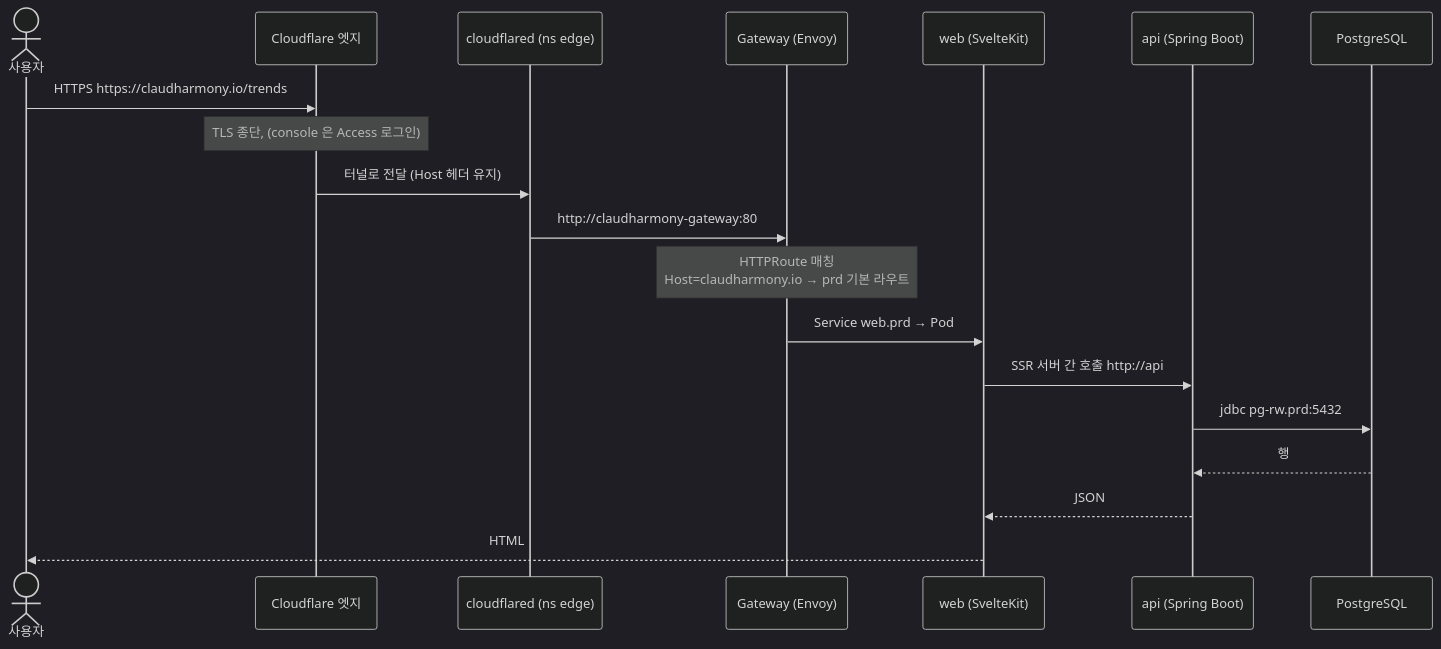
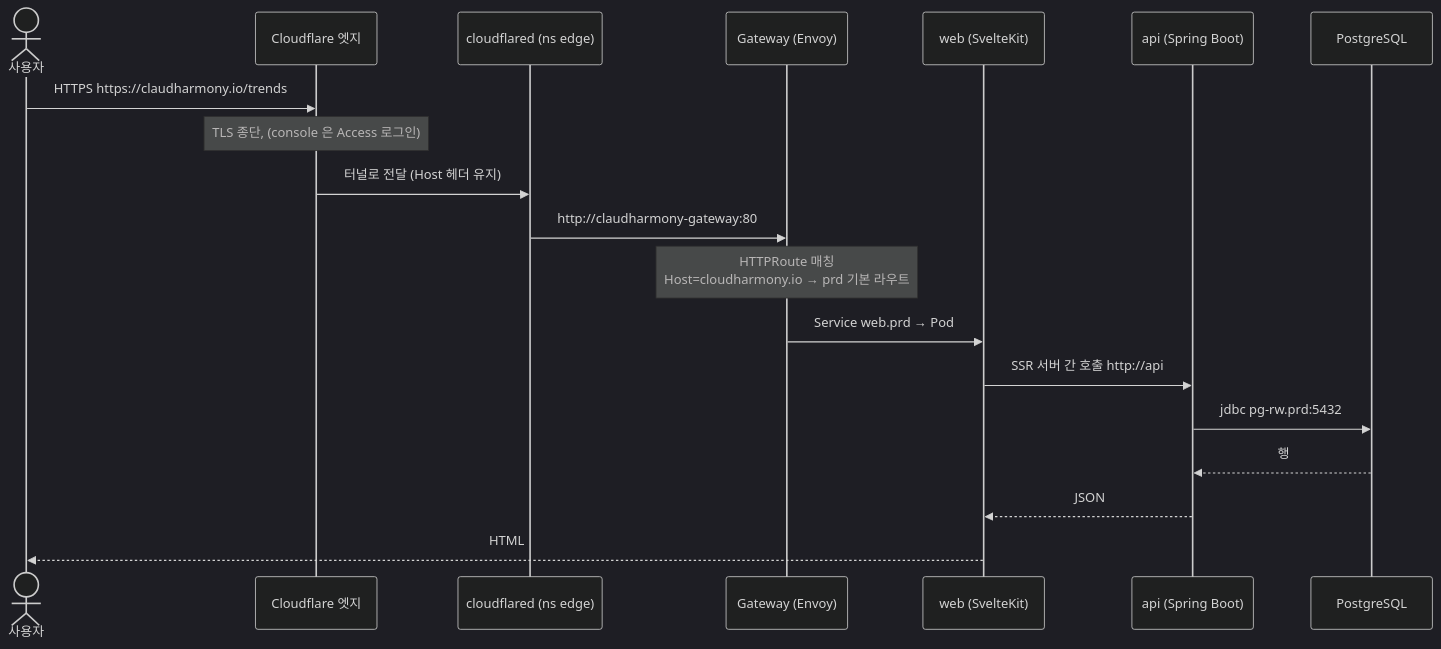
One commit to ParkSeWoo/claudharmony-infra changed the fourth of 6 diagrams in docs/01-architecture.md. Above: the diagram before and after it, drawn with Mermaid (dark theme). The commit also changed other lines of this file and 10 other files, not shown here.

````diff
--- a/docs/01-architecture.md
+++ b/docs/01-architecture.md
@@ -112,22 +112,22 @@
 ```mermaid
 sequenceDiagram
     actor U as 사용자
     participant CF as Cloudflare 엣지
     participant T as cloudflared (ns edge)
     participant G as Gateway (Envoy)
     participant W as web (SvelteKit)
     participant A as api (Spring Boot)
     participant P as PostgreSQL
 
     U->>CF: HTTPS https://claudharmony.io/trends
     Note over CF: TLS 종단, (console 은 Access 로그인)
     CF->>T: 터널로 전달 (Host 헤더 유지)
     T->>G: http://claudharmony-gateway:80
-    Note over G: HTTPRoute 매칭<br/>Host=claudharmony.io → prd 기본 라우트
+    Note over G: HTTPRoute 매칭<br/>Host=cloudharmony.io → prd 기본 라우트
     G->>W: Service web.prd → Pod
     W->>A: SSR 서버 간 호출 http://api
     A->>P: jdbc pg-rw.prd:5432
     P-->>A: 행
     A-->>W: JSON
     W-->>U: HTML
 ```
````
